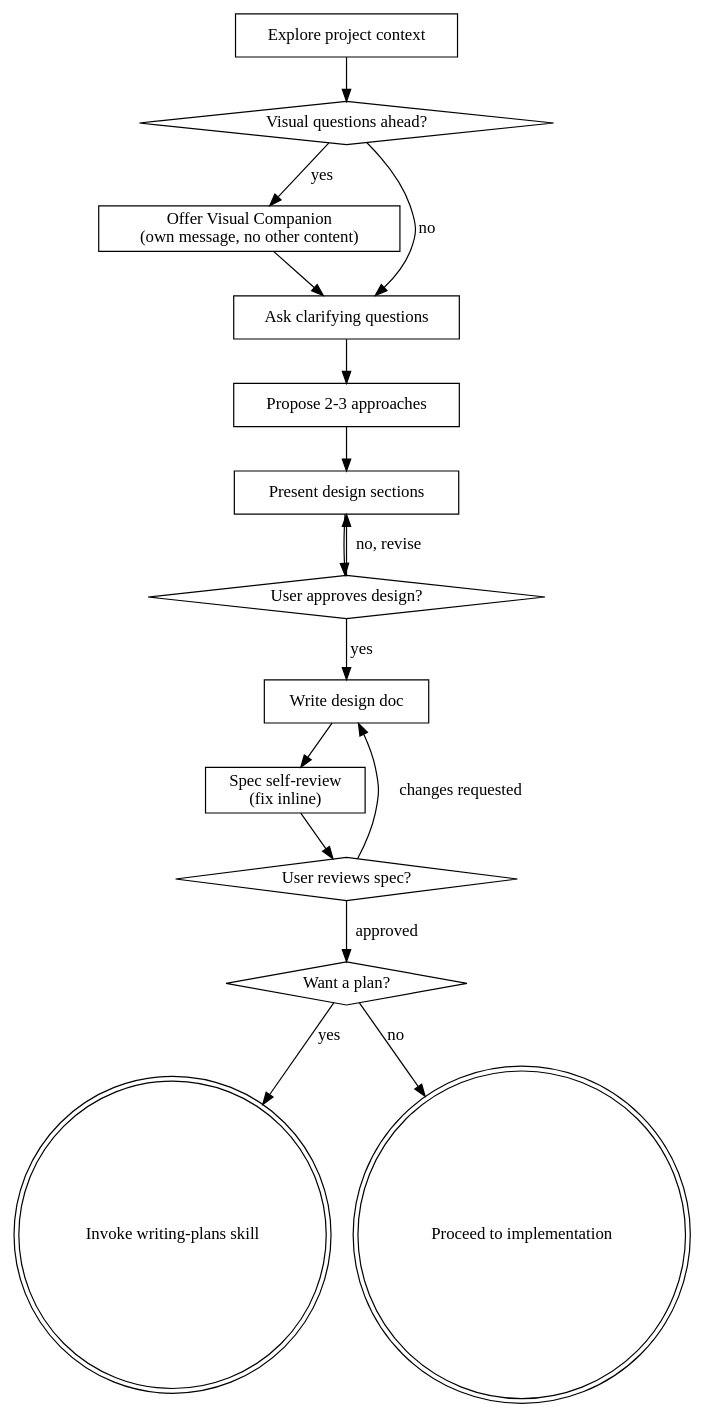
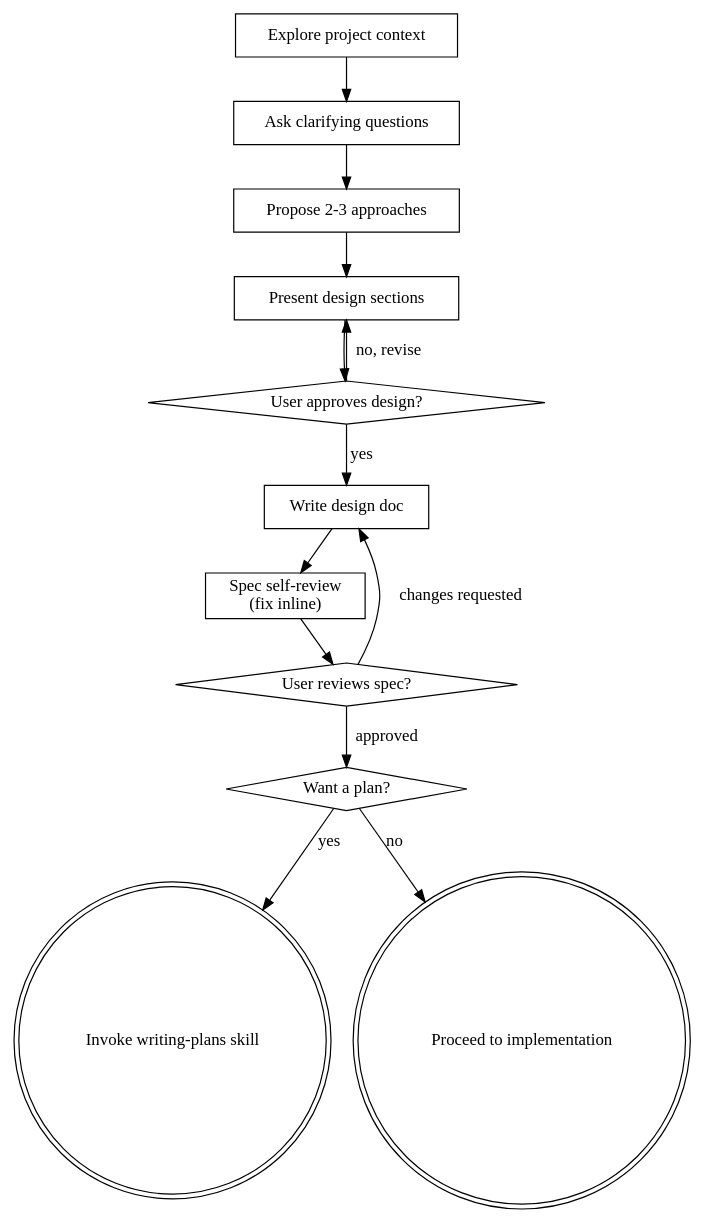
One commit to Ehrax/dotfiles changed the diagram in configs/agents/skills/brainstorming/SKILL.md. Above: the diagram before and after it, drawn with Graphviz. The commit also changed other lines of this file and 22 other files, not shown here.

````diff
--- a/configs/agents/skills/brainstorming/SKILL.md
+++ b/configs/agents/skills/brainstorming/SKILL.md
@@ -36,33 +35,28 @@
 ```dot
 digraph brainstorming {
     "Explore project context" [shape=box];
-    "Visual questions ahead?" [shape=diamond];
-    "Offer Visual Companion\n(own message, no other content)" [shape=box];
     "Ask clarifying questions" [shape=box];
     "Propose 2-3 approaches" [shape=box];
     "Present design sections" [shape=box];
     "User approves design?" [shape=diamond];
     "Write design doc" [shape=box];
     "Spec self-review\n(fix inline)" [shape=box];
     "User reviews spec?" [shape=diamond];
     "Invoke writing-plans skill" [shape=doublecircle];
 
-    "Explore project context" -> "Visual questions ahead?";
-    "Visual questions ahead?" -> "Offer Visual Companion\n(own message, no other content)" [label="yes"];
-    "Visual questions ahead?" -> "Ask clarifying questions" [label="no"];
-    "Offer Visual Companion\n(own message, no other content)" -> "Ask clarifying questions";
+    "Explore project context" -> "Ask clarifying questions";
     "Ask clarifying questions" -> "Propose 2-3 approaches";
     "Propose 2-3 approaches" -> "Present design sections";
     "Present design sections" -> "User approves design?";
     "User approves design?" -> "Present design sections" [label="no, revise"];
     "User approves design?" -> "Write design doc" [label="yes"];
     "Write design doc" -> "Spec self-review\n(fix inline)";
     "Spec self-review\n(fix inline)" -> "User reviews spec?";
     "User reviews spec?" -> "Write design doc" [label="changes requested"];
     "User reviews spec?" -> "Want a plan?" [label="approved"];
     "Want a plan?" [shape=diamond];
     "Want a plan?" -> "Invoke writing-plans skill" [label="yes"];
     "Want a plan?" -> "Proceed to implementation" [label="no"];
     "Proceed to implementation" [shape=doublecircle];
 }
 ```
````
